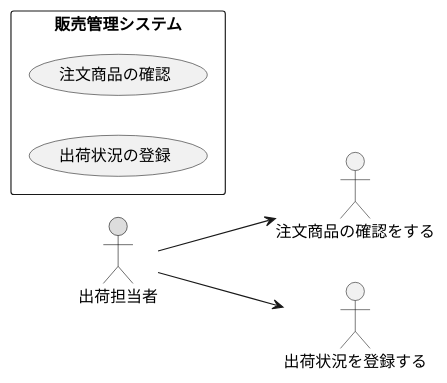
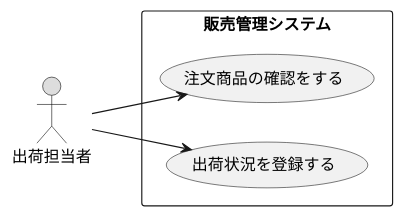
Before and after one commit to Ragamn/uml-introduction: the diagram in 演習2-5_盛岡商事_販売管理システム.pu, drawn with PlantUML.

Commit message:
修正

```diff
--- a/演習2-5_盛岡商事_販売管理システム.pu
+++ b/演習2-5_盛岡商事_販売管理システム.pu
@@ -1,10 +1,10 @@
 @startuml
 left to right direction
 actor 出荷担当者 #DDDDDD;line:black;
 rectangle 販売管理システム {
-usecase 注文商品の確認
-usecase 出荷状況の登録
+usecase 注文商品の確認をする
+usecase 出荷状況を登録する
 }
 出荷担当者 --> 注文商品の確認をする
 出荷担当者 --> 出荷状況を登録する
 @enduml
```
